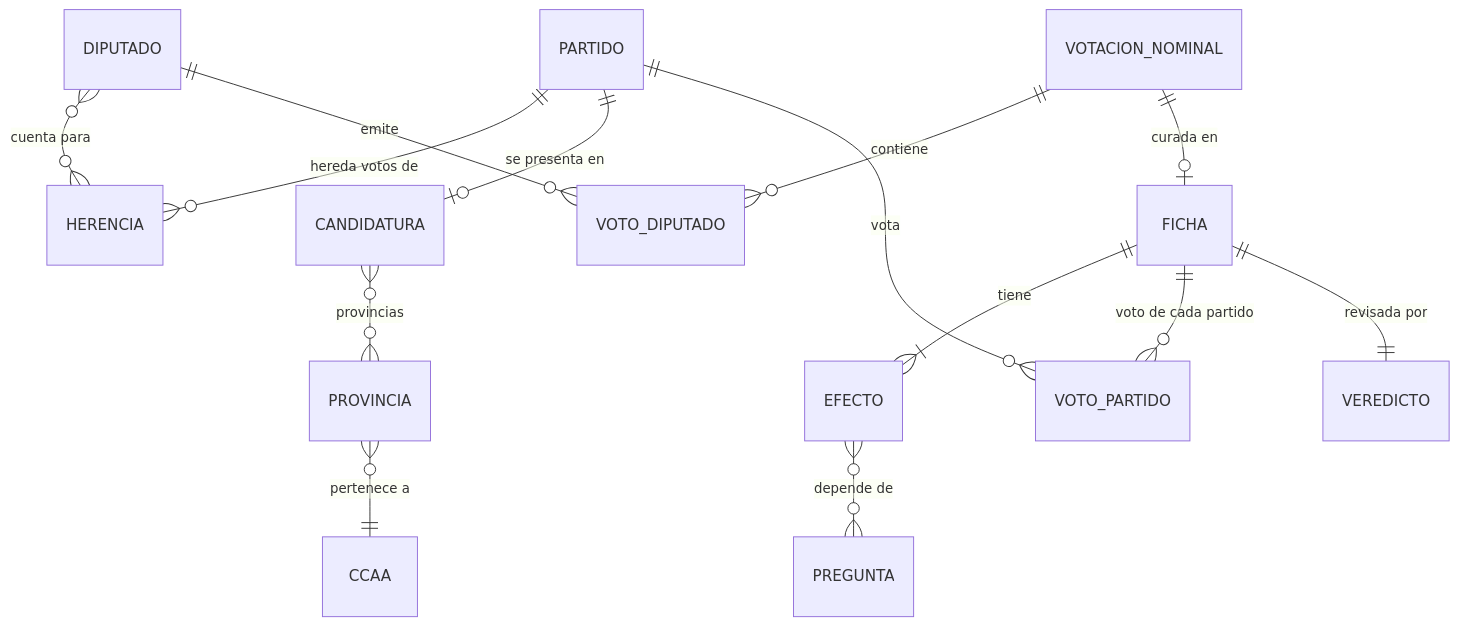
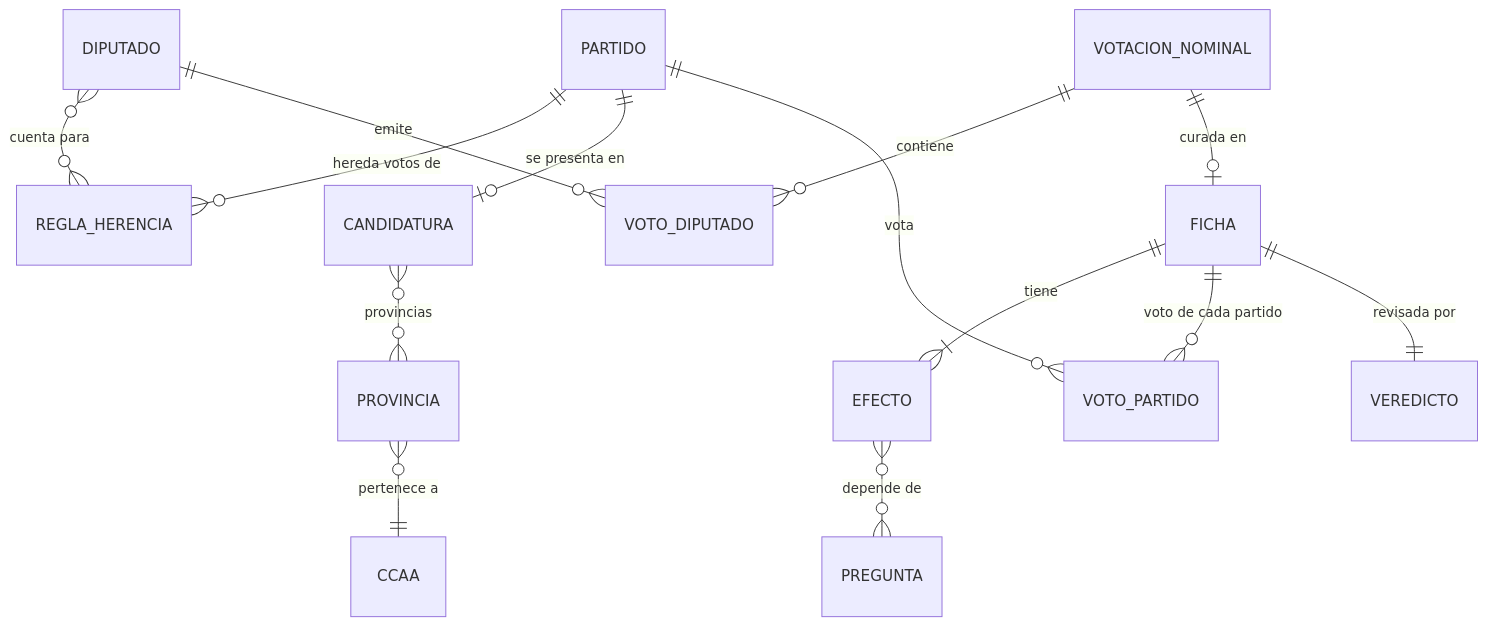
The diagram in docs/data-model.md (polmarza/vota), drawn with Mermaid before and after one commit. The commit also changed other lines of this file and 352 other files, not shown here.

````diff
--- a/docs/data-model.md
+++ b/docs/data-model.md
@@ -139,16 +160,16 @@
 ```mermaid
 erDiagram
   PROVINCIA }o--|| CCAA : "pertenece a"
-  PARTIDO ||--o{ HERENCIA : "hereda votos de"
+  PARTIDO ||--o{ REGLA_HERENCIA : "hereda votos de"
   PARTIDO ||--o| CANDIDATURA : "se presenta en"
   CANDIDATURA }o--o{ PROVINCIA : "provincias"
-  DIPUTADO }o--o{ HERENCIA : "cuenta para"
+  DIPUTADO }o--o{ REGLA_HERENCIA : "cuenta para"
   VOTACION_NOMINAL ||--o{ VOTO_DIPUTADO : "contiene"
   DIPUTADO ||--o{ VOTO_DIPUTADO : "emite"
   VOTACION_NOMINAL ||--o| FICHA : "curada en"
   FICHA ||--|{ EFECTO : "tiene"
   EFECTO }o--o{ PREGUNTA : "depende de"
   FICHA ||--o{ VOTO_PARTIDO : "voto de cada partido"
   PARTIDO ||--o{ VOTO_PARTIDO : "vota"
   FICHA ||--|| VEREDICTO : "revisada por"
 ```
````
